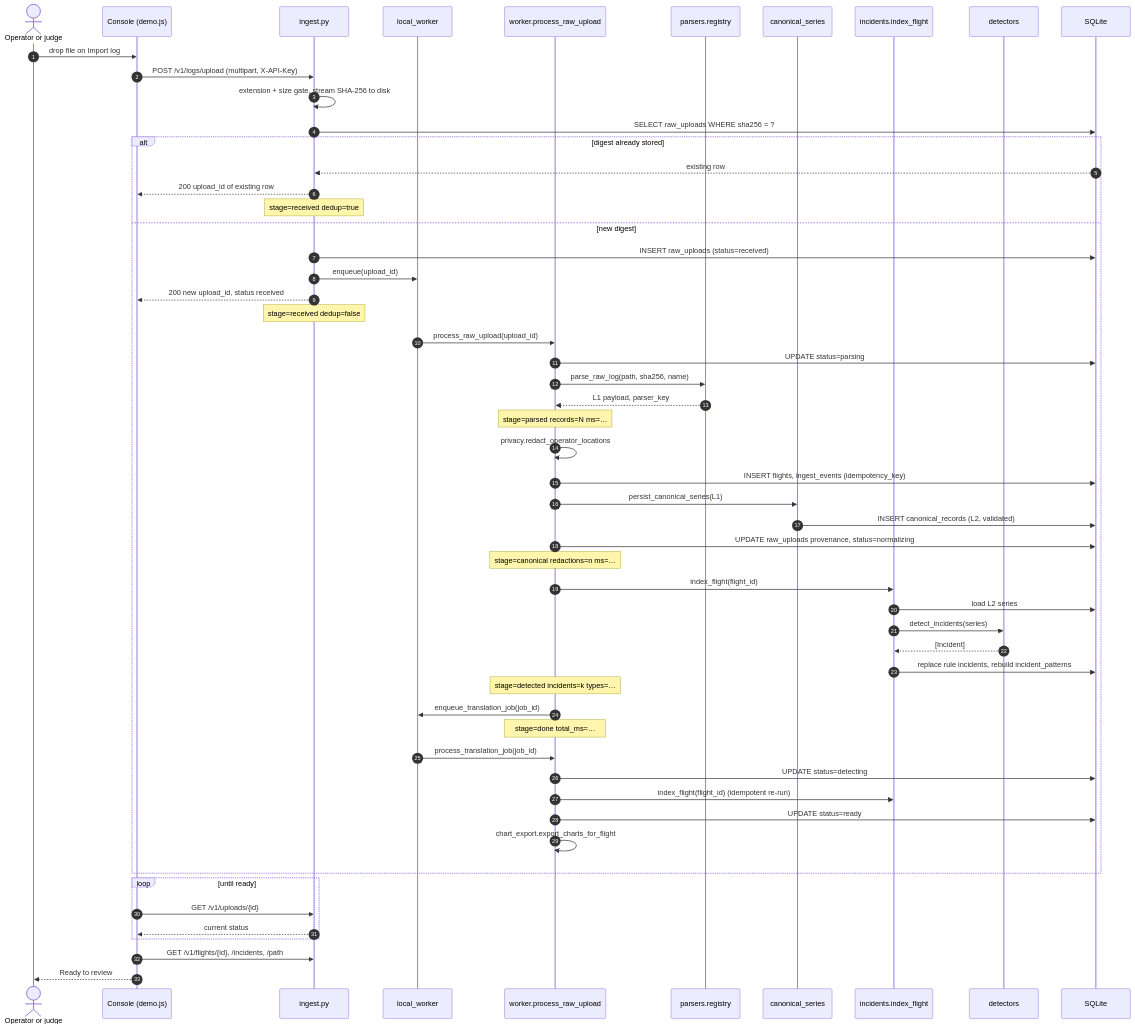
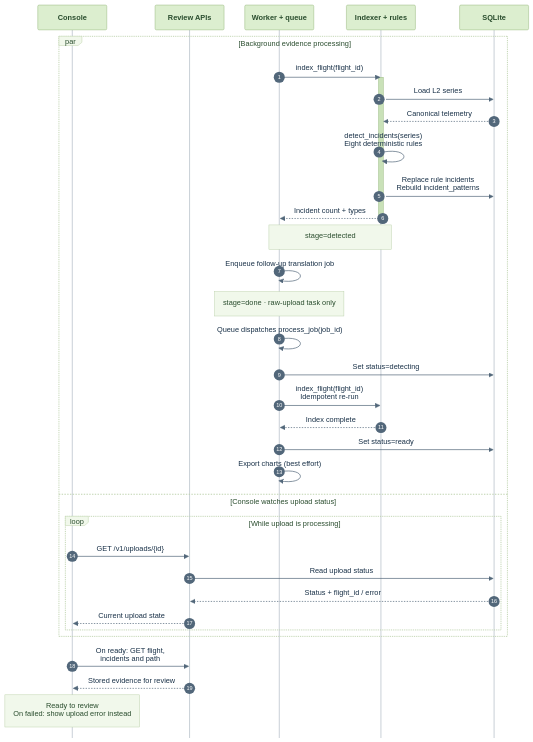
The fourth of 6 diagrams in docs/architecture-uml.md (Sea1vester/WISL-Singapore-Defence-Tech-Hackathon), drawn with Mermaid before and after one commit. The commit also changed other lines of this file and 8 other files, not shown here.

First line of the commit message:
Make architecture diagrams readable directly on GitHub

````diff
--- a/docs/architecture-uml.md
+++ b/docs/architecture-uml.md
@@ -70,59 +182,40 @@
 ```mermaid
+%%{init: {"theme":"base","themeCSS":"text { font-family: Arial, sans-serif !important; }","themeVariables":{"fontFamily":"Arial, sans-serif","fontSize":"16px","actorBkg":"#dceecf","actorBorder":"#92b577","actorTextColor":"#294c2d","actorLineColor":"#c5ccd4","signalColor":"#52677a","signalTextColor":"#183047","labelBoxBkgColor":"#f1f8eb","labelBoxBorderColor":"#bad0a8","labelTextColor":"#294c2d","loopTextColor":"#294c2d","noteBkgColor":"#f1f8eb","noteBorderColor":"#bad0a8","noteTextColor":"#294c2d","activationBkgColor":"#c9e1b8","activationBorderColor":"#92b577","sequenceNumberColor":"#fff"},"sequence":{"actorFontFamily":"Arial","noteFontFamily":"Arial","messageFontFamily":"Arial","actorFontWeight":600,"mirrorActors":false,"actorMargin":45,"width":150,"height":54,"boxMargin":14,"noteMargin":18,"messageMargin":36,"diagramMarginX":28,"diagramMarginY":24}}}%%
 sequenceDiagram
     autonumber
-    actor Op as Operator or judge
-    participant UI as Console (demo.js)
-    participant API as ingest.py
-    participant Q as local_worker
-    participant W as worker.process_raw_upload
-    participant P as parsers.registry
-    participant C as canonical_series
-    participant I as incidents.index_flight
-    participant D as detectors
+    participant UI as Console
+    participant API as Review APIs
+    participant W as Worker + queue
+    participant I as Indexer + rules
     participant DB as SQLite
 
-    Op->>UI: drop file on Import log
-    UI->>API: POST /v1/logs/upload (multipart, X-API-Key)
-    API->>API: extension + size gate, stream SHA-256 to disk
-    API->>DB: SELECT raw_uploads WHERE sha256 = ?
-    alt digest already stored
-        DB-->>API: existing row
-        API-->>UI: 200 upload_id of existing row
-        Note over API: stage=received dedup=true
-    else new digest
-        API->>DB: INSERT raw_uploads (status=received)
-        API->>Q: enqueue(upload_id)
-        API-->>UI: 200 new upload_id, status received
-        Note over API: stage=received dedup=false
-        Q->>W: process_raw_upload(upload_id)
-        W->>DB: UPDATE status=parsing
-        W->>P: parse_raw_log(path, sha256, name)
-        P-->>W: L1 payload, parser_key
-        Note over W: stage=parsed records=N ms=…
-        W->>W: privacy.redact_operator_locations
-        W->>DB: INSERT flights, ingest_events (idempotency_key)
-        W->>C: persist_canonical_series(L1)
-        C->>DB: INSERT canonical_records (L2, validated)
-        W->>DB: UPDATE raw_uploads provenance, status=normalizing
-        Note over W: stage=canonical redactions=n ms=…
+    par Background evidence processing
         W->>I: index_flight(flight_id)
-        I->>DB: load L2 series
-        I->>D: detect_incidents(series)
-        D-->>I: [Incident]
-        I->>DB: replace rule incidents, rebuild incident_patterns
-        Note over W: stage=detected incidents=k types=…
-        W->>Q: enqueue_translation_job(job_id)
-        Note over W: stage=done total_ms=…
-        Q->>W: process_translation_job(job_id)
-        W->>DB: UPDATE status=detecting
-        W->>I: index_flight(flight_id) (idempotent re-run)
-        W->>DB: UPDATE status=ready
-        W->>W: chart_export.export_charts_for_flight
+        activate I
+        I->>DB: Load L2 series
+        DB-->>I: Canonical telemetry
+        I->>I: detect_incidents(series)<br/>Eight deterministic rules
+        I->>DB: Replace rule incidents<br/>Rebuild incident_patterns
+        I-->>W: Incident count + types
+        deactivate I
+        Note over W,I: stage=detected
+        W->>W: Enqueue follow-up translation job
+        Note over W: stage=done · raw-upload task only
+        W->>W: Queue dispatches process_job(job_id)
+        W->>DB: Set status=detecting
+        W->>I: index_flight(flight_id)<br/>Idempotent re-run
+        I-->>W: Index complete
+        W->>DB: Set status=ready
+        W->>W: Export charts (best effort)
+    and Console watches upload status
+        loop While upload is processing
+            UI->>API: GET /v1/uploads/{id}
+            API->>DB: Read upload status
+            DB-->>API: Status + flight_id / error
+            API-->>UI: Current upload state
+        end
     end
-    loop until ready
-        UI->>API: GET /v1/uploads/{id}
-        API-->>UI: current status
-    end
-    UI->>API: GET /v1/flights/{id}, /incidents, /path
-    UI-->>Op: Ready to review
+    UI->>API: On ready: GET flight,<br/>incidents and path
+    API-->>UI: Stored evidence for review
+    Note over UI: Ready to review<br/>On failed: show upload error instead
 ```
````
